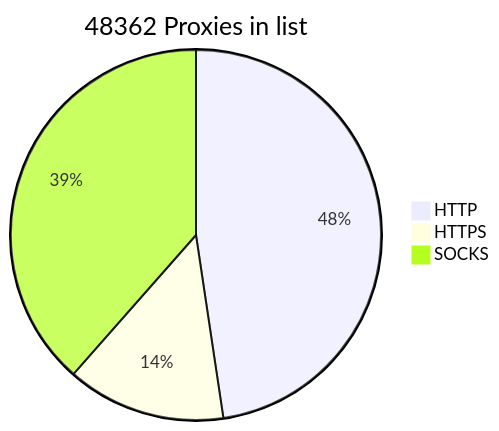
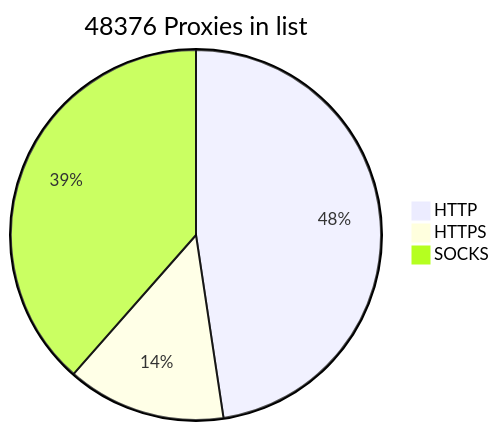
Before and after one commit to BlackSnowDot/proxylist-update-every-minute: the diagram in README.md, drawn with Mermaid.

````diff
--- a/README.md
+++ b/README.md
@@ -2,6 +2,6 @@
 ```mermaid
-pie title 48362 Proxies in list
+pie title 48376 Proxies in list
     "HTTP" : 25736
-    "HTTPS": 7490
-    "SOCKS" : 20802
+    "HTTPS": 7497
+    "SOCKS" : 20808
 ```
````
